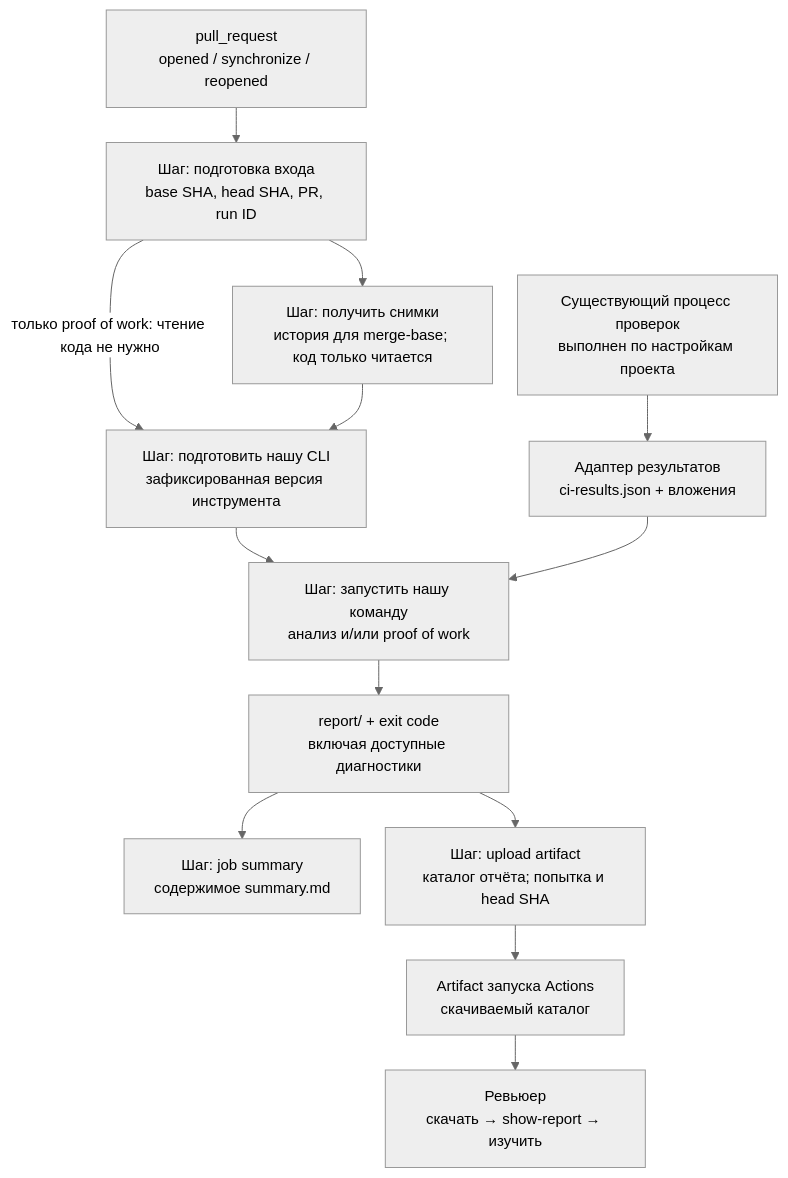
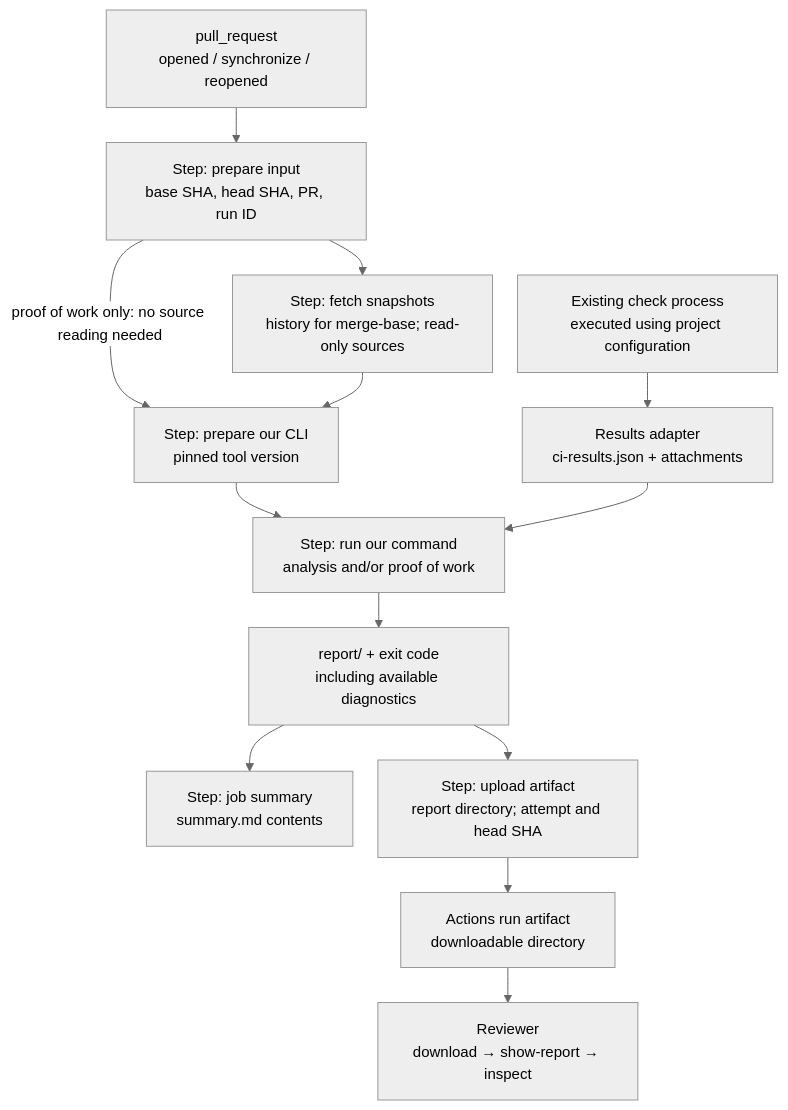
One commit to rustic0la/codebase-mapper changed the diagram in diagrams/v1-github.mmd. Above: the diagram before and after it, drawn with Mermaid. The commit also changed 23 other files, not shown here.

```diff
--- a/diagrams/v1-github.mmd
+++ b/diagrams/v1-github.mmd
@@ -1,16 +1,16 @@
 %%{init: {"theme":"neutral","flowchart":{"curve":"basis","nodeSpacing":25,"rankSpacing":35},"themeVariables":{"fontSize":"15px"}}}%%
 flowchart TD
   EVENT["pull_request<br/>opened / synchronize / reopened"] --> CONTEXT
-  CONTEXT["Шаг: подготовка входа<br/>base SHA, head SHA, PR, run ID"] --> REPO
-  CONTEXT -->|"только proof of work: чтение кода не нужно"| TOOL
-  REPO["Шаг: получить снимки<br/>история для merge-base; код только читается"] --> TOOL
-  TOOL["Шаг: подготовить нашу CLI<br/>зафиксированная версия инструмента"] --> CLI
-  RESULTS["Существующий процесс проверок<br/>выполнен по настройкам проекта"] --> EVIDENCE
-  EVIDENCE["Адаптер результатов<br/>ci-results.json + вложения"] --> CLI
-  CLI["Шаг: запустить нашу команду<br/>анализ и/или proof of work"] --> OUTPUT
-  OUTPUT["report/ + exit code<br/>включая доступные диагностики"] --> SUMMARY
+  CONTEXT["Step: prepare input<br/>base SHA, head SHA, PR, run ID"] --> REPO
+  CONTEXT -->|"proof of work only: no source reading needed"| TOOL
+  REPO["Step: fetch snapshots<br/>history for merge-base; read-only sources"] --> TOOL
+  TOOL["Step: prepare our CLI<br/>pinned tool version"] --> CLI
+  RESULTS["Existing check process<br/>executed using project configuration"] --> EVIDENCE
+  EVIDENCE["Results adapter<br/>ci-results.json + attachments"] --> CLI
+  CLI["Step: run our command<br/>analysis and/or proof of work"] --> OUTPUT
+  OUTPUT["report/ + exit code<br/>including available diagnostics"] --> SUMMARY
   OUTPUT --> UPLOAD
-  SUMMARY["Шаг: job summary<br/>содержимое summary.md"]
-  UPLOAD["Шаг: upload artifact<br/>каталог отчёта; попытка и head SHA"] --> ARTIFACT
-  ARTIFACT["Artifact запуска Actions<br/>скачиваемый каталог"] --> VIEW
-  VIEW["Ревьюер<br/>скачать → show-report → изучить"]
+  SUMMARY["Step: job summary<br/>summary.md contents"]
+  UPLOAD["Step: upload artifact<br/>report directory; attempt and head SHA"] --> ARTIFACT
+  ARTIFACT["Actions run artifact<br/>downloadable directory"] --> VIEW
+  VIEW["Reviewer<br/>download → show-report → inspect"]
```
